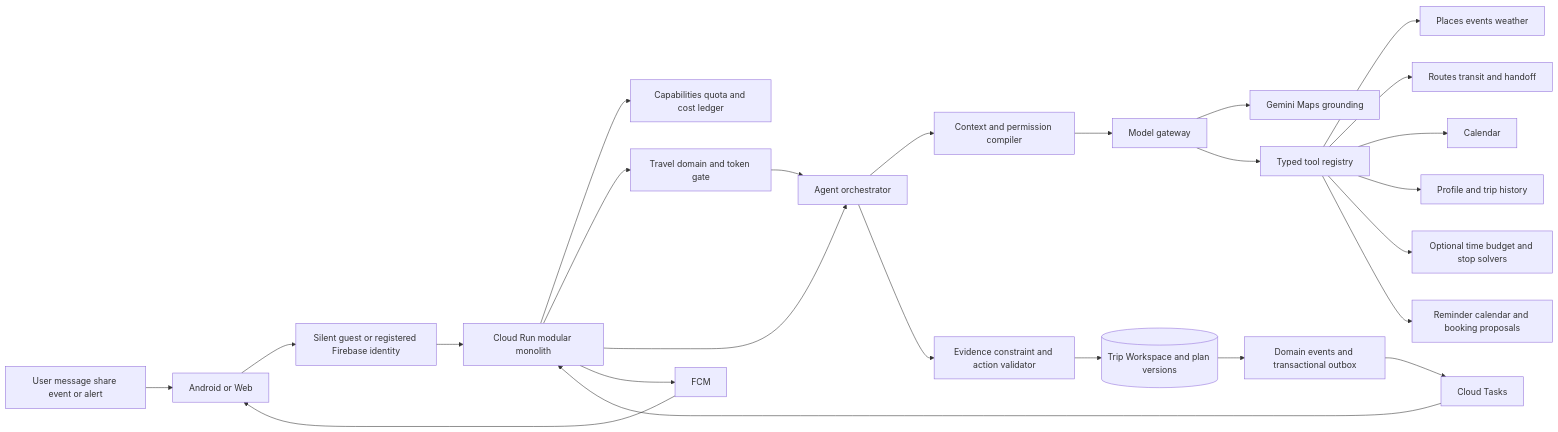
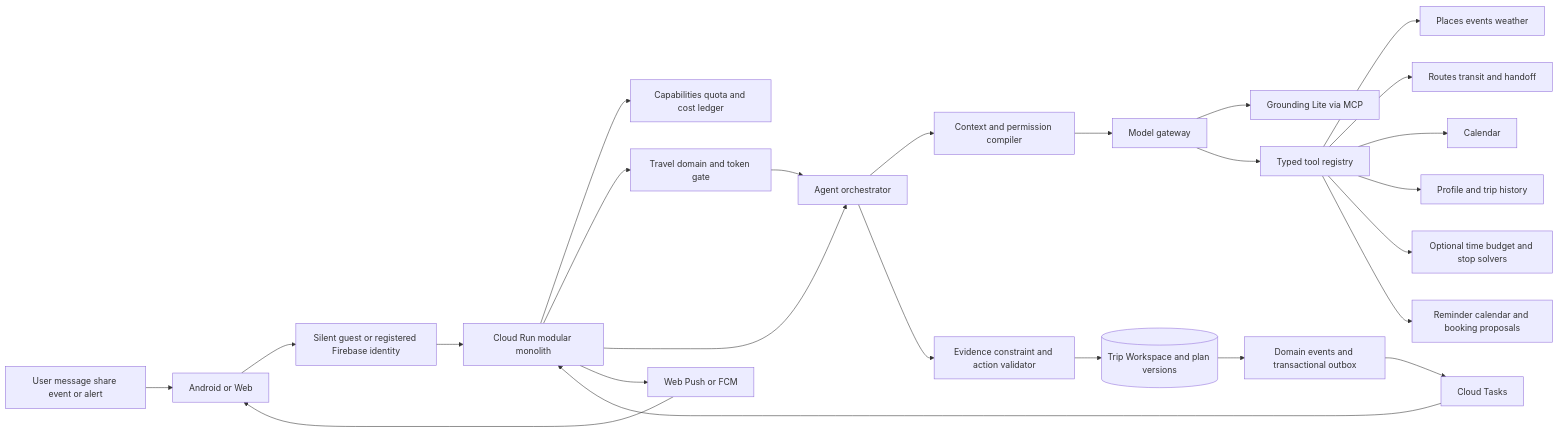
One commit to UM-NLP/whenshouldgo changed the diagram in docs/trip-assistant-architecture.md. Above: the diagram before and after it, drawn with Mermaid. The commit also changed other lines of this file and 20 other files, not shown here.

First line of the commit message:
Plan phased roadmap on OpenRouter and Grounding Lite

````diff
--- a/docs/trip-assistant-architecture.md
+++ b/docs/trip-assistant-architecture.md
@@ -5,27 +5,27 @@
 ```mermaid
 flowchart LR
   User[User message share event or alert] --> Client[Android or Web]
   Client --> Auth[Silent guest or registered Firebase identity]
   Auth --> API[Cloud Run modular monolith]
   API --> Entitlement[Capabilities quota and cost ledger]
   API --> Gate[Travel domain and token gate]
   API --> Orchestrator[Agent orchestrator]
   Gate --> Orchestrator
   Orchestrator --> Context[Context and permission compiler]
   Context --> Model[Model gateway]
-  Model --> MapsGrounding[Gemini Maps grounding]
+  Model --> MapsGrounding[Grounding Lite via MCP]
   Model --> Tools[Typed tool registry]
   Tools --> Discovery[Places events weather]
   Tools --> Travel[Routes transit and handoff]
   Tools --> Calendar[Calendar]
   Tools --> Memory[Profile and trip history]
   Tools --> Solvers[Optional time budget and stop solvers]
   Tools --> Actions[Reminder calendar and booking proposals]
   Orchestrator --> Validator[Evidence constraint and action validator]
   Validator --> Workspace[(Trip Workspace and plan versions)]
   Workspace --> Events[Domain events and transactional outbox]
   Events --> Tasks[Cloud Tasks]
   Tasks --> API
-  API --> FCM[FCM]
-  FCM --> Client
+  API --> Push[Web Push or FCM]
+  Push --> Client
 ```
````
